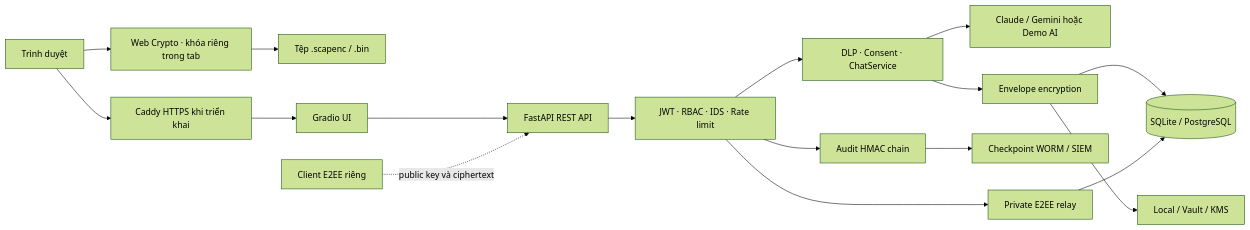
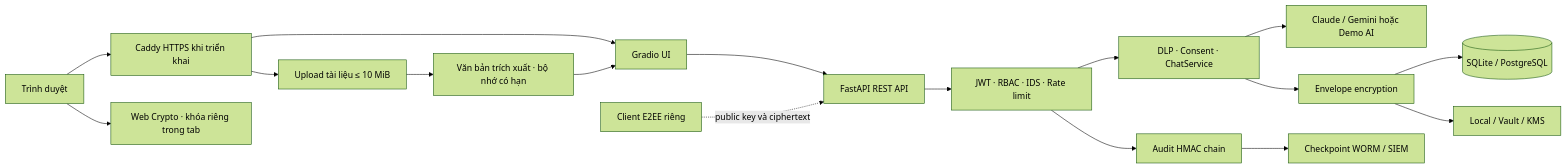
One commit to nguyentuanthien2384/Secure_Conversational_Application_Platform changed the diagram in README.md. Above: the diagram before and after it, drawn with Mermaid (forest theme). The commit also changed other lines of this file and 9 other files, not shown here.

````diff
--- a/README.md
+++ b/README.md
@@ -212,19 +181,19 @@
 ```mermaid
 flowchart LR
     Browser[Trình duyệt] --> Edge[Caddy HTTPS khi triển khai]
     Browser --> LocalCrypto[Web Crypto · khóa riêng trong tab]
-    LocalCrypto --> Download[Tệp .scapenc / .bin]
     Edge --> UI[Gradio UI]
+    Edge --> Upload[Upload tài liệu ≤ 10 MiB]
+    Upload --> FileStore[Văn bản trích xuất · bộ nhớ có hạn]
+    FileStore --> UI
     UI --> API[FastAPI REST API]
     API --> Guard[JWT · RBAC · IDS · Rate limit]
     Guard --> Policy[DLP · Consent · ChatService]
     Policy --> AI[Claude / Gemini hoặc Demo AI]
     Policy --> Crypto[Envelope encryption]
     Crypto --> DB[(SQLite / PostgreSQL)]
     Crypto --> KMS[Local / Vault / KMS]
     Guard --> Audit[Audit HMAC chain]
     Audit --> WORM[Checkpoint WORM / SIEM]
     E2EE[Client E2EE riêng] -. public key và ciphertext .-> API
-    Guard --> Relay[Private E2EE relay]
-    Relay --> DB
 ```
````
